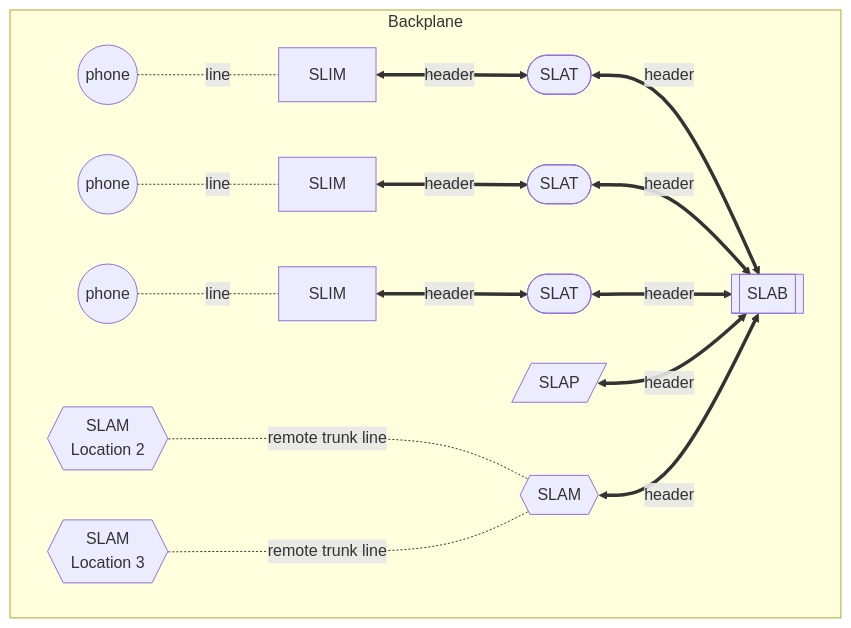
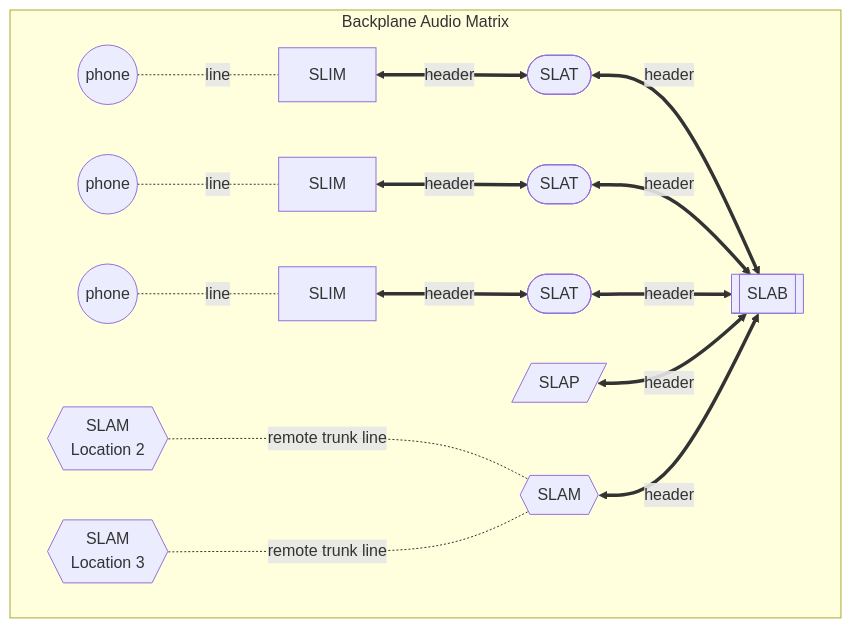
One commit to ktownsend-personal/RetroPhone changed the third of 4 diagrams in docs/README - modular.md. Above: the diagram before and after it, drawn with Mermaid. The commit also changed other lines of this file, not shown here.

````diff
--- a/docs/README - modular.md
+++ b/docs/README - modular.md
@@ -30,12 +30,12 @@
 ```mermaid
 flowchart LR
-  subgraph Backplane
+  subgraph Backplane Audio Matrix
     direction LR
     Phone1((phone)) -.-|line| SLIM1[SLIM] <==>|header| SLAT1([SLAT]) <==>|header| SLAB
     Phone2((phone)) -.-|line| SLIM2[SLIM] <==>|header| SLAT2([SLAT]) <==>|header| SLAB
     Phone3((phone)) -.-|line| SLIM3[SLIM] <==>|header| SLAT3([SLAT]) <==>|header| SLAB
     SLAP[/SLAP/] <==>|header| SLAB[[SLAB]]
     SLAM2{{SLAM\nLocation 2}} -..-|remote trunk line| SLAM1{{SLAM}} <==>|header| SLAB
     SLAM3{{SLAM\nLocation 3}} -..-|remote trunk line| SLAM1
   end
 ```
````
